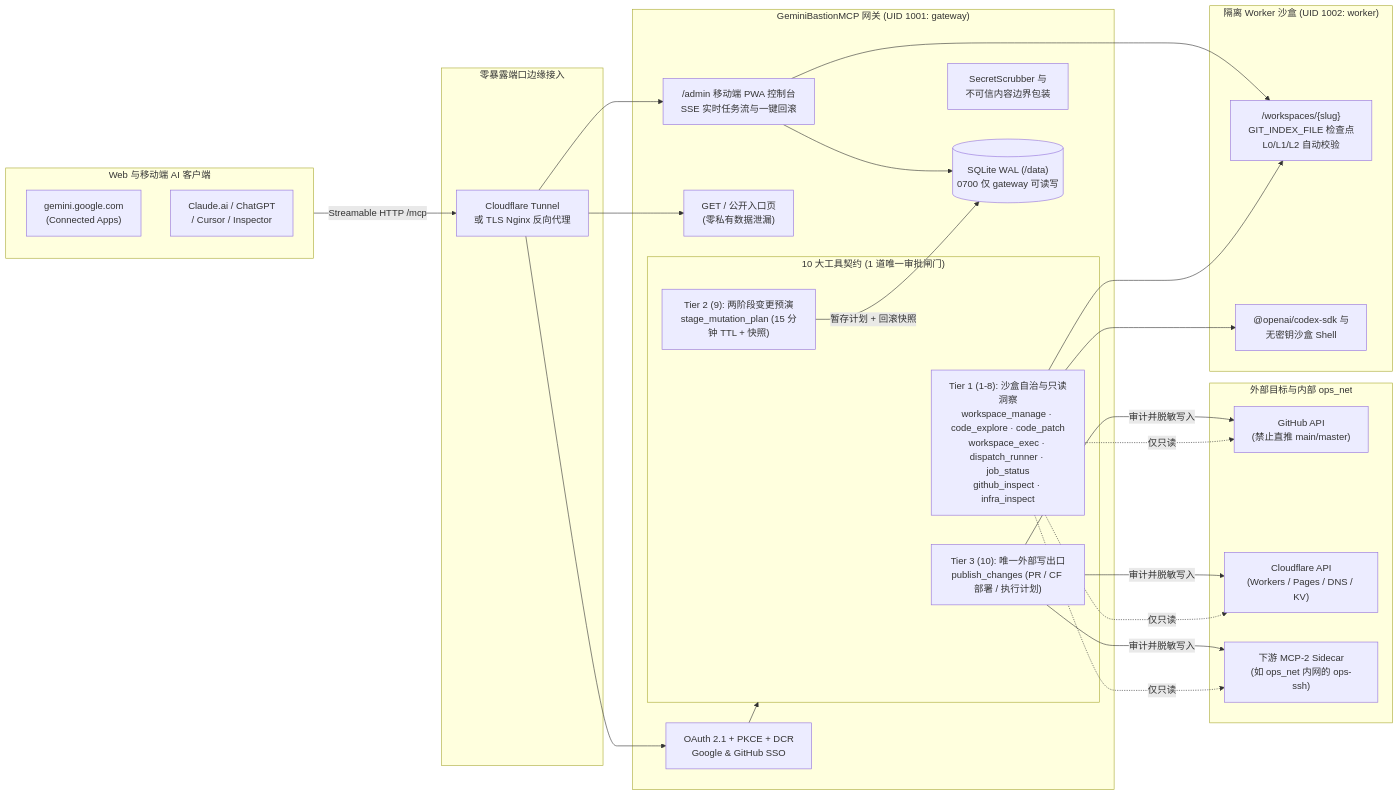
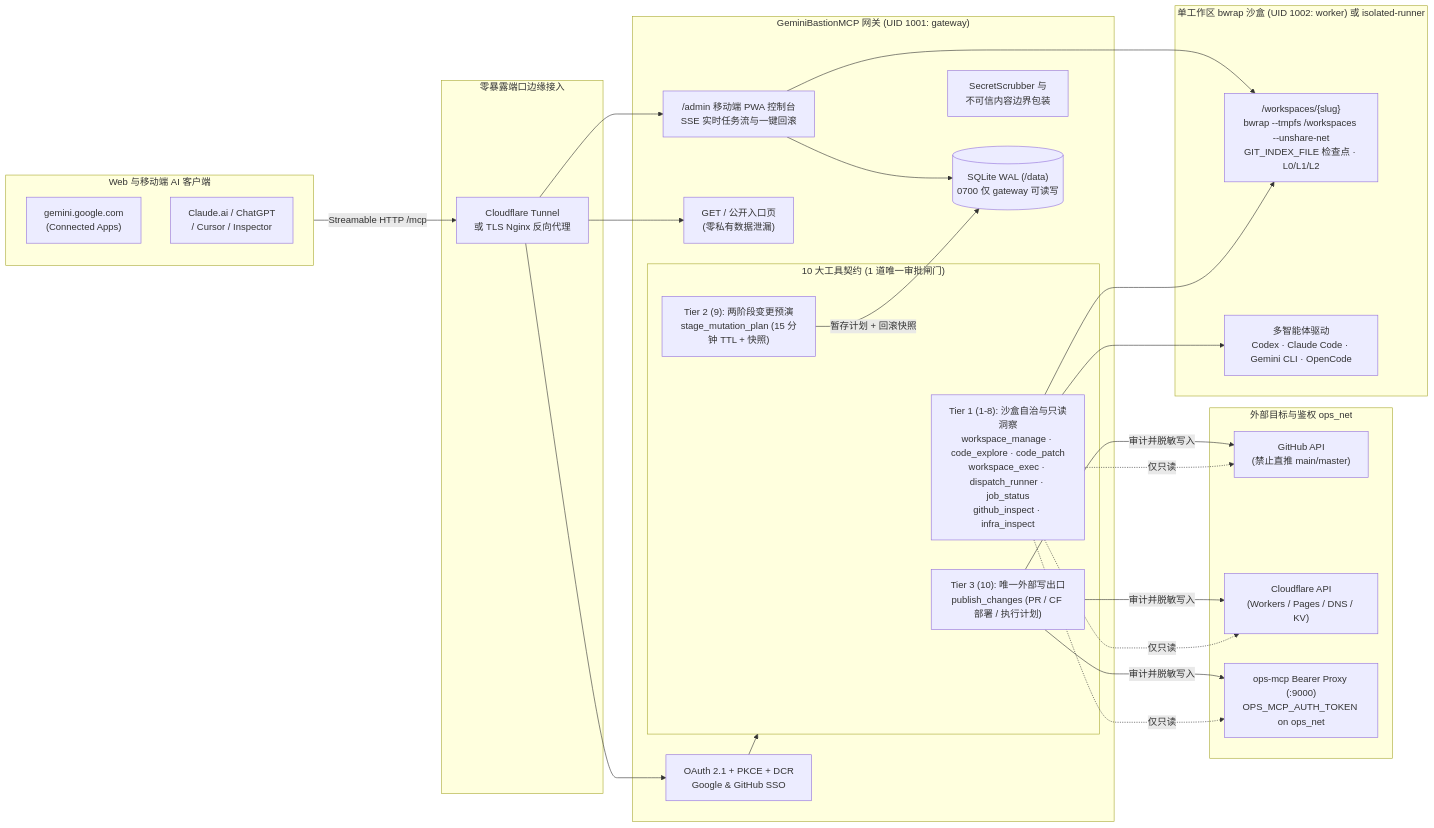
Before and after one commit to Kaiserunix/gemini-bastion-mcp: the diagram in README.zh-CN.md, drawn with Mermaid. The commit also changed other lines of this file and 38 other files, not shown here.

Commit message:
feat: v0.2.0 — bwrap per-workspace isolation, multi-agent drivers, authenticated ops-mcp, GHCR lite/full & MCP Registry

````diff
--- a/README.zh-CN.md
+++ b/README.zh-CN.md
@@ -53,44 +55,44 @@
 ```mermaid
 flowchart LR
   subgraph Clients["Web 与移动端 AI 客户端"]
     G["gemini.google.com\n(Connected Apps)"]
     C["Claude.ai / ChatGPT\n/ Cursor / Inspector"]
   end
 
   subgraph Edge["零暴露端口边缘接入"]
     CF["Cloudflare Tunnel\n或 TLS Nginx 反向代理"]
   end
 
   subgraph Gateway["GeminiBastionMCP 网关 (UID 1001: gateway)"]
     Portal["GET / 公开入口页\n(零私有数据泄漏)"]
     Auth["OAuth 2.1 + PKCE + DCR\nGoogle & GitHub SSO"]
     Scrub["SecretScrubber 与\n不可信内容边界包装"]
     Admin["/admin 移动端 PWA 控制台\nSSE 实时任务流与一键回滚"]
     DB[("SQLite WAL (/data)\n0700 仅 gateway 可读写")]
 
     subgraph Funnel["10 大工具契约 (1 道唯一审批闸门)"]
       T1_8["Tier 1 (1-8): 沙盒自治与只读洞察\nworkspace_manage · code_explore · code_patch\nworkspace_exec · dispatch_runner · job_status\ngithub_inspect · infra_inspect"]
       T9["Tier 2 (9): 两阶段变更预演\nstage_mutation_plan (15 分钟 TTL + 快照)"]
       T10["Tier 3 (10): 唯一外部写出口\npublish_changes (PR / CF 部署 / 执行计划)"]
     end
   end
 
-  subgraph Sandbox["隔离 Worker 沙盒 (UID 1002: worker)"]
-    WS["/workspaces/{slug}\nGIT_INDEX_FILE 检查点\nL0/L1/L2 自动校验"]
-    Codex["@openai/codex-sdk 与\n无密钥沙盒 Shell"]
+  subgraph Sandbox["单工作区 bwrap 沙盒 (UID 1002: worker) 或 isolated-runner"]
+    WS["/workspaces/{slug}\nbwrap --tmpfs /workspaces --unshare-net\nGIT_INDEX_FILE 检查点 · L0/L1/L2"]
+    Drivers["多智能体驱动\nCodex · Claude Code · Gemini CLI · OpenCode"]
   end
 
-  subgraph External["外部目标与内部 ops_net"]
+  subgraph External["外部目标与鉴权 ops_net"]
     GH["GitHub API\n(禁止直推 main/master)"]
     CFApi["Cloudflare API\n(Workers / Pages / DNS / KV)"]
-    MCP2["下游 MCP-2 Sidecar\n(如 ops_net 内网的 ops-ssh)"]
+    MCP2["ops-mcp Bearer Proxy (:9000)\nOPS_MCP_AUTH_TOKEN on ops_net"]
   end
 
   Clients -->|"Streamable HTTP /mcp"| CF --> Auth --> Funnel
   CF --> Portal & Admin
-  T1_8 --> WS & Codex
+  T1_8 --> WS & Drivers
   T1_8 -.->|"仅只读"| GH & CFApi & MCP2
   T9 -->|"暂存计划 + 回滚快照"| DB
   T10 -->|"审计并脱敏写入"| GH & CFApi & MCP2
   Admin --> DB & WS
 ```
````
